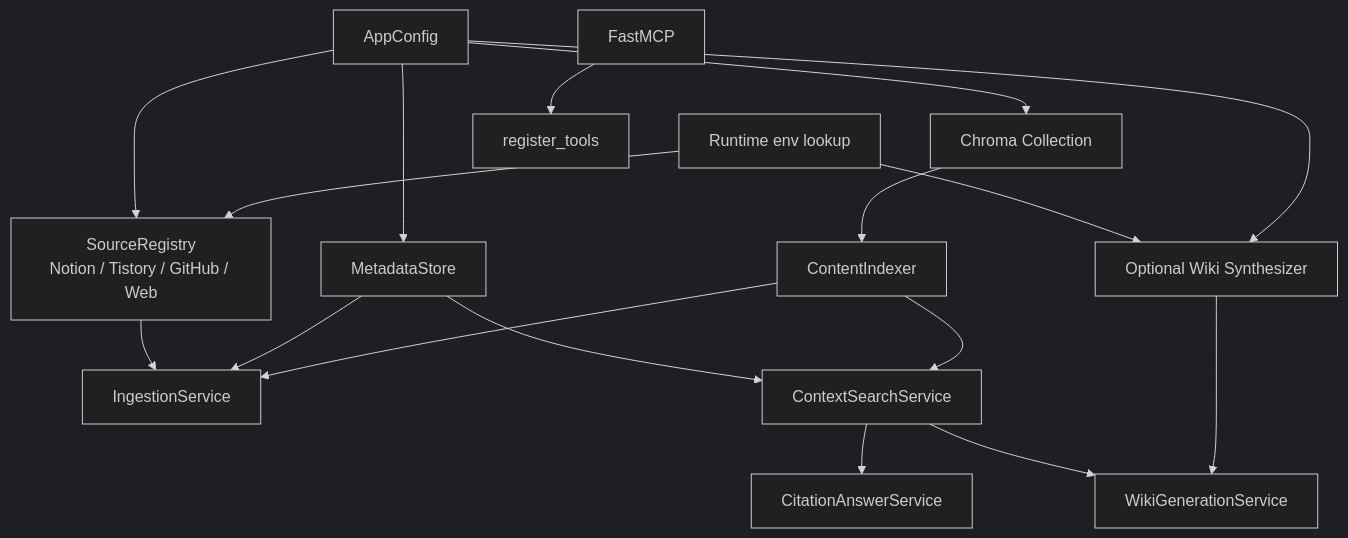
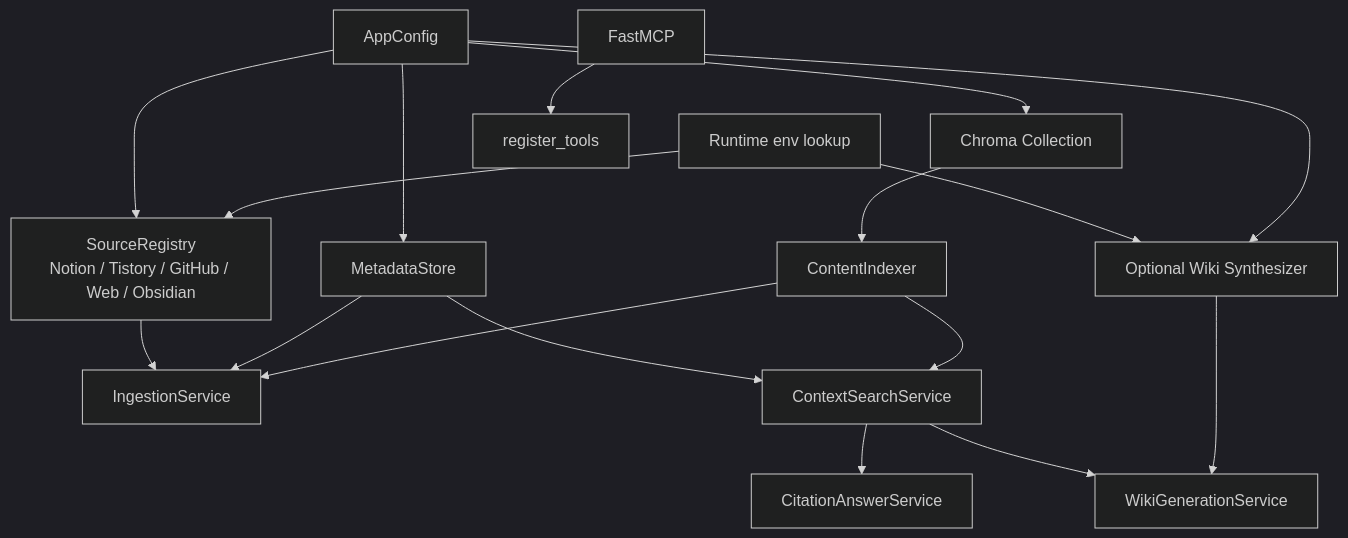
One commit to eunhwa99/MCPContentSearch changed the sixth of 6 diagrams in docs/contextwiki-core-understanding.md. Above: the diagram before and after it, drawn with Mermaid (dark theme). The commit also changed other lines of this file and 18 other files, not shown here.

````diff
--- a/docs/contextwiki-core-understanding.md
+++ b/docs/contextwiki-core-understanding.md
@@ -978,33 +1004,33 @@
 ```mermaid
 flowchart TD
     Config["AppConfig"]
     Runtime["Runtime env lookup"]
     Chroma["Chroma Collection"]
     Indexer["ContentIndexer"]
     Store["MetadataStore"]
-    Registry["SourceRegistry<br/>Notion / Tistory / GitHub / Web"]
+    Registry["SourceRegistry<br/>Notion / Tistory / GitHub / Web / Obsidian"]
     Ingestion["IngestionService"]
     ContextSearch["ContextSearchService"]
     Answer["CitationAnswerService"]
     WikiSynth["Optional Wiki Synthesizer"]
     Wiki["WikiGenerationService"]
     MCP["FastMCP"]
     Tools["register_tools"]
 
     Config --> Chroma
     Config --> Registry
     Runtime --> Registry
     Chroma --> Indexer
     Config --> Store
     Registry --> Ingestion
     Store --> Ingestion
     Indexer --> Ingestion
     Store --> ContextSearch
     Indexer --> ContextSearch
     ContextSearch --> Answer
     Runtime --> WikiSynth
     Config --> WikiSynth
     ContextSearch --> Wiki
     WikiSynth --> Wiki
     MCP --> Tools
 ```
````
